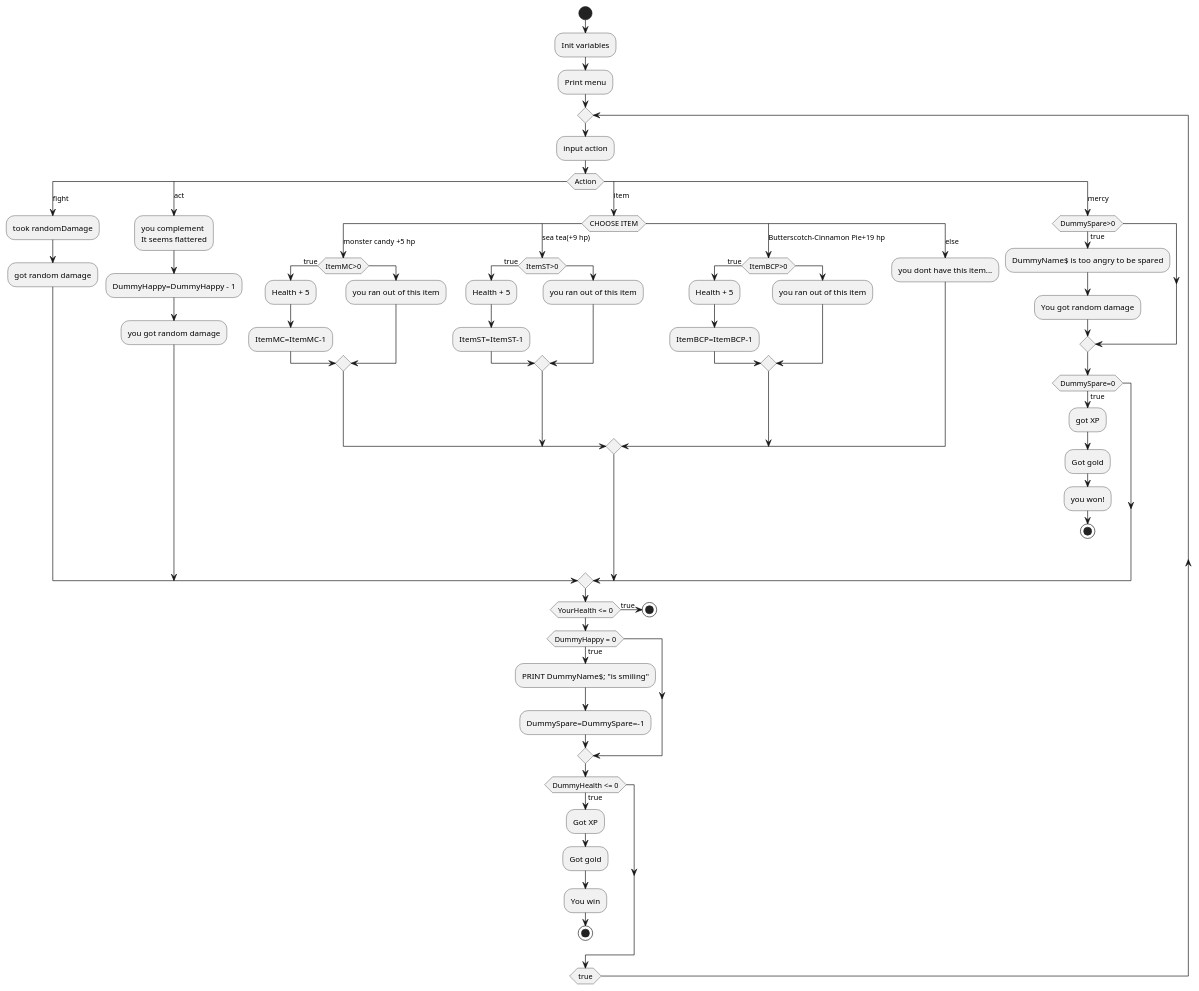
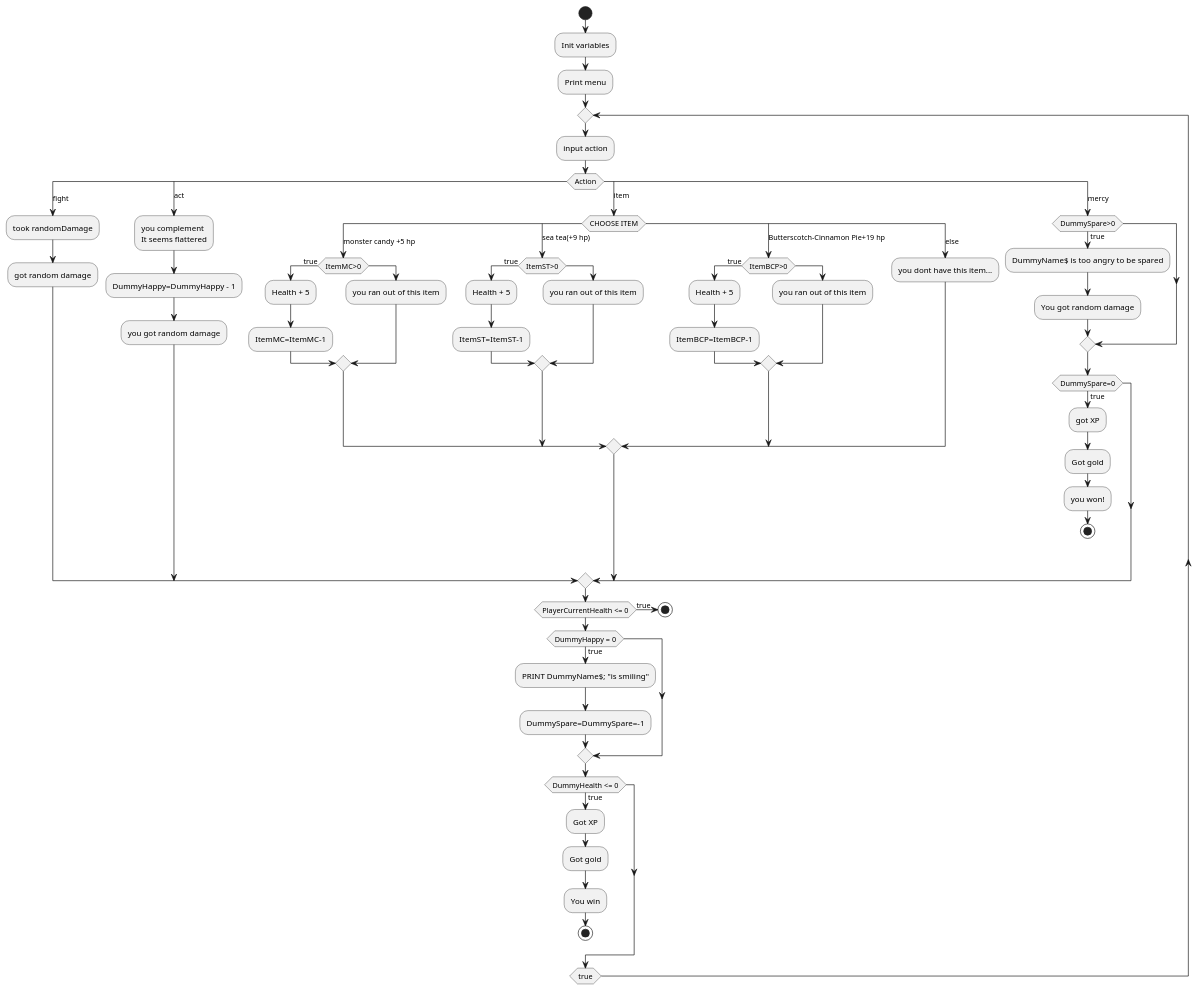
One commit to DanilKorotenko/EndlessRPG changed the diagram in mainLogic.puml. Above: the diagram before and after it, drawn with PlantUML. The commit also changed 1 other file, not shown here.

```diff
--- a/mainLogic.puml
+++ b/mainLogic.puml
@@ -1,85 +1,85 @@
 @startuml mainLogic
 start
 :Init variables;
 
 :Print menu;
 
 repeat
 
 :input action;
 
 switch(Action)
 case (fight)
     :took randomDamage;
     :got random damage;
 
 case (act)
     :you complement
     It seems flattered;
     :DummyHappy=DummyHappy - 1;
     :you got random damage;
 
 case (item)
 
     switch(CHOOSE ITEM)
         case (monster candy +5 hp)
             if (ItemMC>0) THEN (true)
                 :Health + 5;
                 :ItemMC=ItemMC-1;
             ELSE
                 :you ran out of this item;
             endif
 
         case (sea tea(+9 hp))
             if (ItemST>0) THEN (true)
                 :Health + 5;
                 :ItemST=ItemST-1;
             ELSE
                 :you ran out of this item;
             endif
 
         case (Butterscotch-Cinnamon Pie+19 hp)
             if (ItemBCP>0) THEN (true)
                 :Health + 5;
                 :ItemBCP=ItemBCP-1;
             ELSE
                 :you ran out of this item;
             endif
         case (else)
             :you dont have this item...;
     endswitch
 
 case (mercy)
     if (DummySpare>0) then (true)
         :DummyName$ is too angry to be spared;
         :You got random damage;
     endif
 
     if (DummySpare=0) then (true)
         :got XP;
         :Got gold;
         :you won!;
         stop
     endif
 
 endswitch
 
-if (YourHealth <= 0) then (true)
+if (PlayerCurrentHealth <= 0) then (true)
     stop
 endif
 
 if (DummyHappy = 0) then (true)
     :PRINT DummyName$; "is smiling";
     :DummySpare=DummySpare=-1;
 endif
 
 if (DummyHealth <= 0) then (true)
     :Got XP;
     :Got gold;
     :You win;
     stop
 endif
 
 repeat while (true)
 
 @enduml
```
